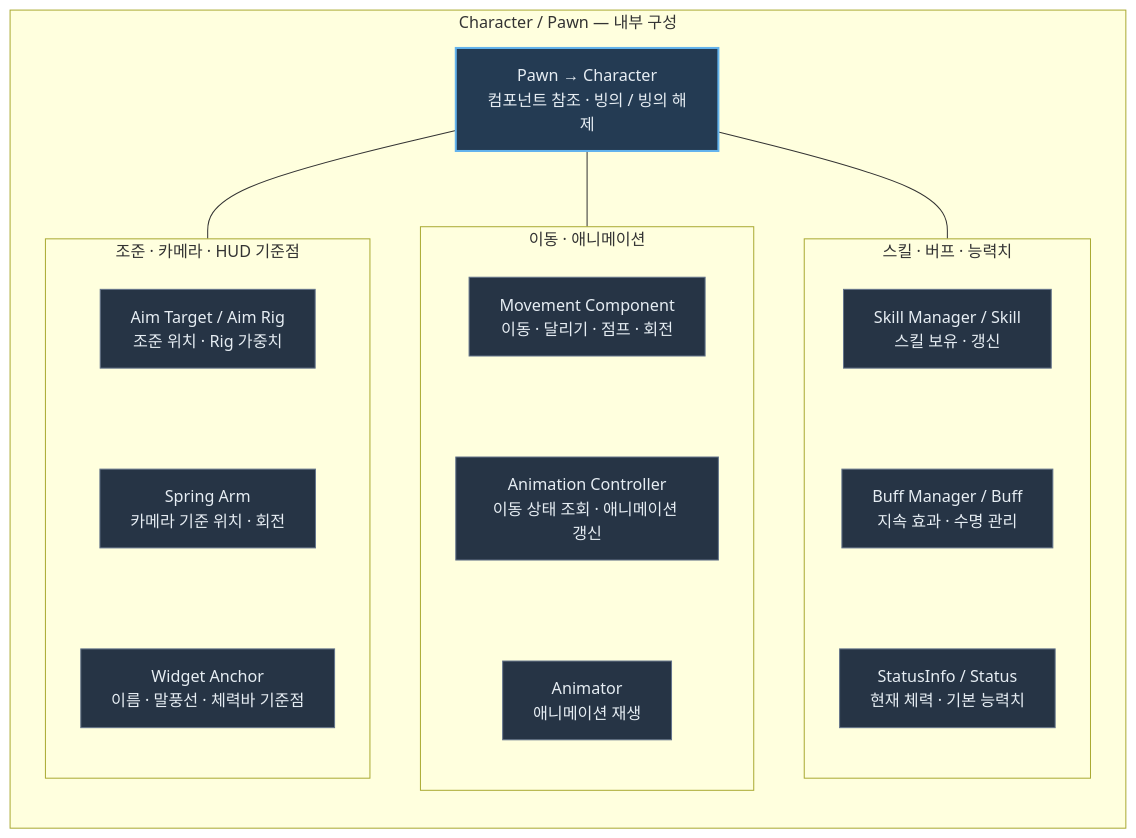
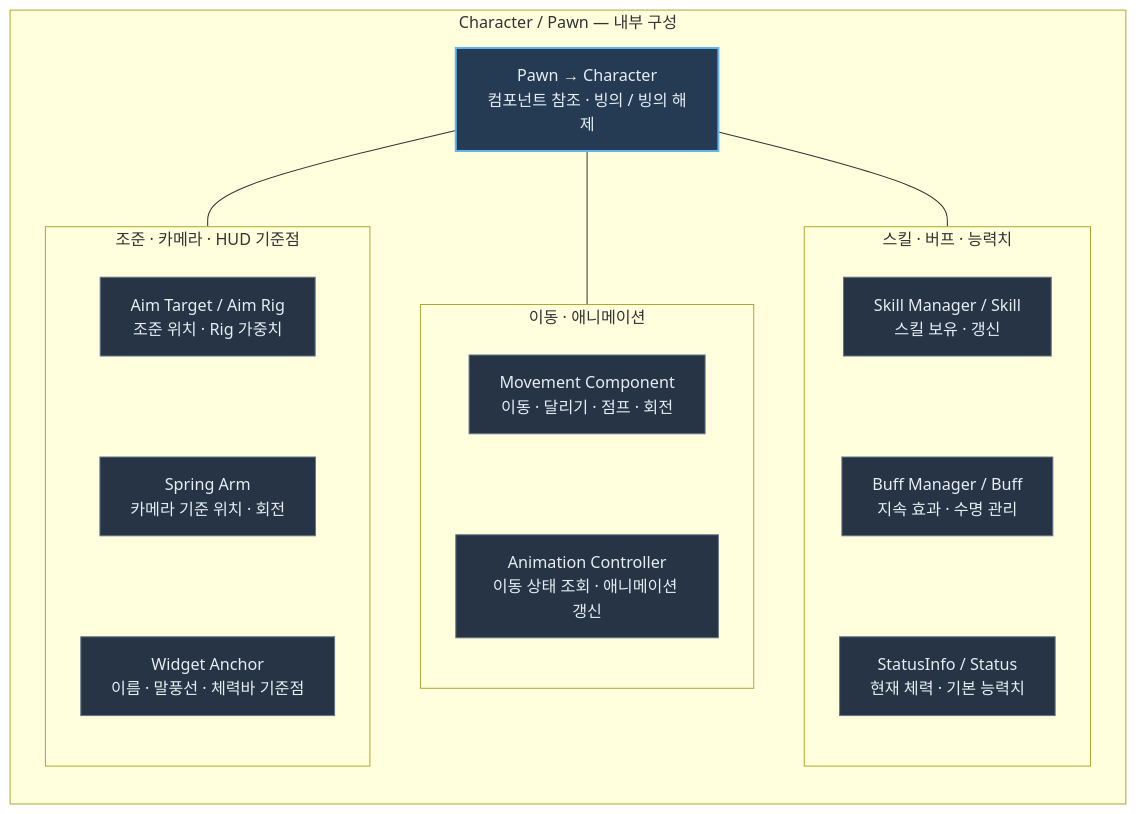
The second of 2 diagrams in README.md (MDJ0126/DJUnityFramework), drawn with Mermaid before and after one commit. The commit also changed other lines of this file, not shown here.

````diff
--- a/README.md
+++ b/README.md
@@ -69,58 +71,59 @@
 ```mermaid
 ---
 config:
   themeCSS: |
+    a, a:link, a:visited, a:hover, a:active, a:focus, a *,
     .node a, .node a:link, .node a:visited, .node a:hover,
     .node .nodeLabel, .node .nodeLabel *, .node text {
       color: #e6edf3 !important;
       fill: #e6edf3 !important;
       text-decoration: none !important;
+      text-decoration-line: none !important;
     }
 ---
 flowchart TB
     subgraph Character["Character / Pawn — 내부 구성"]
         direction TB
         Core["Pawn → Character<br/>컴포넌트 참조 · 빙의 / 빙의 해제"]
         Core --- Motion
         Core --- Gameplay
         Core --- Targets
 
         subgraph Motion["이동 · 애니메이션"]
             direction TB
             Movement["Movement Component<br/>이동 · 달리기 · 점프 · 회전"]
             Animation["Animation Controller<br/>이동 상태 조회 · 애니메이션 갱신"]
-            Animator["Animator<br/>애니메이션 재생"]
-            Movement ~~~ Animation ~~~ Animator
+            Movement ~~~ Animation
         end
 
         subgraph Gameplay["스킬 · 버프 · 능력치"]
             direction TB
             Skills["Skill Manager / Skill<br/>스킬 보유 · 갱신"]
             Buffs["Buff Manager / Buff<br/>지속 효과 · 수명 관리"]
             Status["StatusInfo / Status<br/>현재 체력 · 기본 능력치"]
             Skills ~~~ Buffs ~~~ Status
         end
 
         subgraph Targets["조준 · 카메라 · HUD 기준점"]
             direction TB
             Aim["Aim Target / Aim Rig<br/>조준 위치 · Rig 가중치"]
             SpringArm["Spring Arm<br/>카메라 기준 위치 · 회전"]
             Anchor["Widget Anchor<br/>이름 · 말풍선 · 체력바 기준점"]
             Aim ~~~ SpringArm ~~~ Anchor
         end
     end
 
     classDef default fill:#263445,stroke:#64748b,color:#e6edf3
     classDef focus fill:#243b53,stroke:#63b3ed,color:#e6edf3,stroke-width:2px
     class Core focus
 
     click Core href "https://github.com/MDJ0126/DJUnityFramework/blob/main/Assets/Scripts/InGame/Object/Pawn/Pawn.cs" "Pawn.cs 열기" _blank
     click Movement href "https://github.com/MDJ0126/DJUnityFramework/blob/main/Assets/Scripts/InGame/Object/Pawn/Movement.cs" "Movement.cs 열기" _blank
     click Animation href "https://github.com/MDJ0126/DJUnityFramework/blob/main/Assets/Scripts/InGame/Object/Pawn/Character/CharacterAnimationController.cs" "CharacterAnimationController.cs 열기" _blank
     click Skills href "https://github.com/MDJ0126/DJUnityFramework/blob/main/Assets/Scripts/InGame/Skill/SkillManager.cs" "SkillManager.cs 열기" _blank
     click Buffs href "https://github.com/MDJ0126/DJUnityFramework/blob/main/Assets/Scripts/InGame/Buff/BuffManager.cs" "BuffManager.cs 열기" _blank
     click Status href "https://github.com/MDJ0126/DJUnityFramework/blob/main/Assets/Scripts/InGame/Status/StatusInfo.cs" "StatusInfo.cs 열기" _blank
     click Aim href "https://github.com/MDJ0126/DJUnityFramework/blob/main/Assets/Scripts/InGame/Object/Pawn/Character/AimTarget.cs" "AimTarget.cs 열기" _blank
     click SpringArm href "https://github.com/MDJ0126/DJUnityFramework/blob/main/Assets/Scripts/Common/SpringArm.cs" "SpringArm.cs 열기" _blank
     click Anchor href "https://github.com/MDJ0126/DJUnityFramework/blob/main/Assets/Scripts/UI/HUD/WidgetAnchor.cs" "WidgetAnchor.cs 열기" _blank
 ```
````
